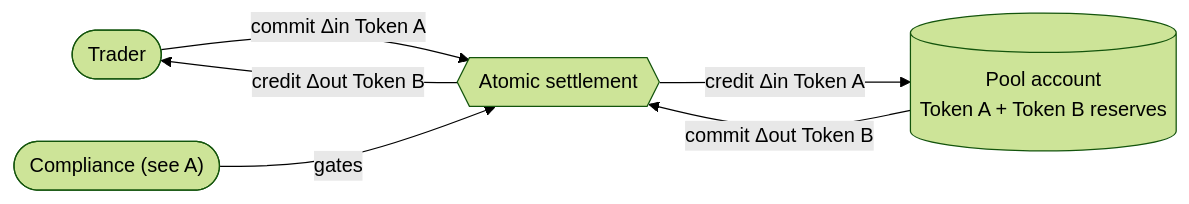
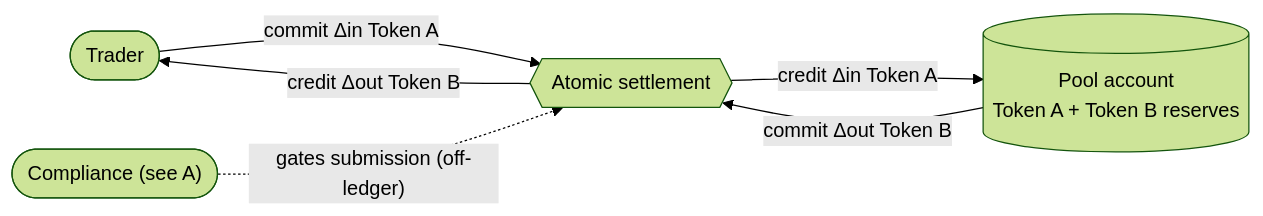
Before and after one commit to OpenZeppelin/canton-specs: the second of 5 diagrams in docs/reference-architectures/dex.md, drawn with Mermaid (forest theme). The commit also changed other lines of this file, not shown here.

Commit message:
Move D1 and D3 off-ledger.

````diff
--- a/docs/reference-architectures/dex.md
+++ b/docs/reference-architectures/dex.md
@@ -324,13 +321,13 @@
 ```mermaid
 flowchart LR
     Trader([Trader])
     Compliance(["Compliance (see A)"])
     Settle{{Atomic settlement}}
     PoolAcct[("Pool account<br/>Token A + Token B reserves")]
 
     Trader -->|"commit Δin Token A"| Settle
     PoolAcct -->|"commit Δout Token B"| Settle
-    Compliance -->|"gates"| Settle
+    Compliance -.->|"gates submission (off-ledger)"| Settle
     Settle -->|"credit Δin Token A"| PoolAcct
     Settle -->|"credit Δout Token B"| Trader
 ```
````
